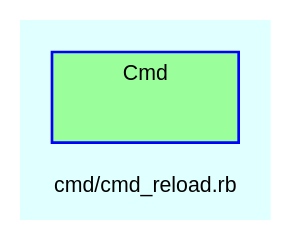
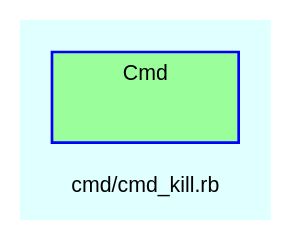
Before and after one commit to Tyche/teensymud: the diagram in doc/dot/f_11.dot, drawn with Graphviz. The commit also changed 65 other files, not shown here.

```diff
--- a/doc/dot/f_11.dot
+++ b/doc/dot/f_11.dot
@@ -1,29 +1,29 @@
 digraph TopLevel {
     compound = true
     bgcolor = lightcyan1
     fontname = Arial
     fontsize = 8
-    label = "cmd/cmd_reload.rb"
+    label = "cmd/cmd_kill.rb"
     node [
         fontname = Arial,
         fontsize = 8,
         color = black
     ]
 
     subgraph cluster_Cmd {
         fillcolor = palegreen1
         URL = "classes/Cmd.html"
         fontname = Arial
         color = blue
         label = "Cmd"
         style = filled
         Cmd [
             shape = plaintext,
             height = 0.01,
             width = 0.75,
             label = ""
         ]
 
     }
 
 }
```
